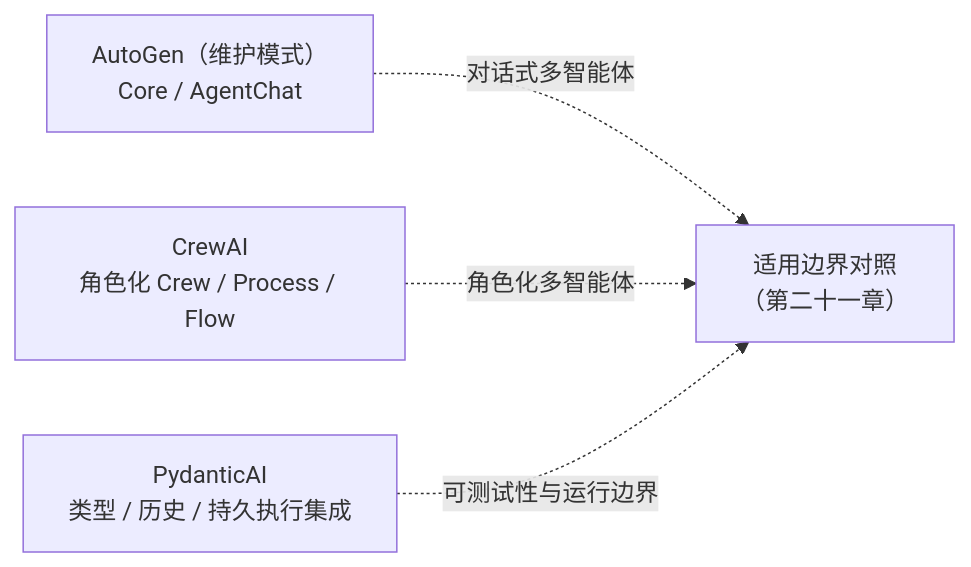
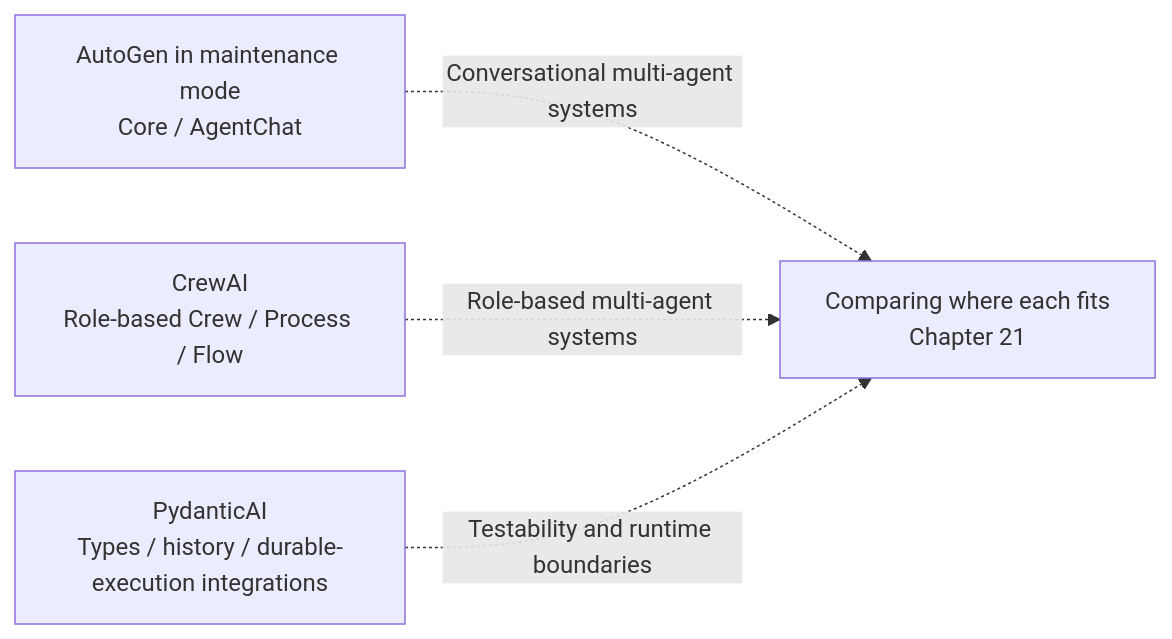
Before and after one commit to oneleaveknowsthefall/awesome-ai-roadmap: the diagram in docs/frameworks/05-lightweight-agent-frameworks/README.md, drawn with Mermaid. The commit also changed other lines of this file and 70 other files, not shown here.

````diff
--- a/docs/frameworks/05-lightweight-agent-frameworks/README.md
+++ b/docs/frameworks/05-lightweight-agent-frameworks/README.md
@@ -18,6 +18,6 @@
 ```mermaid
 flowchart LR
-    A["AutoGen（维护模式）<br/>Core / AgentChat"] -.对话式多智能体.-> D["适用边界对照<br/>（第二十一章）"]
-    C["CrewAI<br/>角色化 Crew / Process / Flow"] -.角色化多智能体.-> D
-    P["PydanticAI<br/>类型 / 历史 / 持久执行集成"] -.可测试性与运行边界.-> D
+    A["AutoGen in maintenance mode<br/>Core / AgentChat"] -.Conversational multi-agent systems.-> D["Comparing where each fits<br/>Chapter 21"]
+    C["CrewAI<br/>Role-based Crew / Process / Flow"] -.Role-based multi-agent systems.-> D
+    P["PydanticAI<br/>Types / history / durable-execution integrations"] -.Testability and runtime boundaries.-> D
 ```
````
